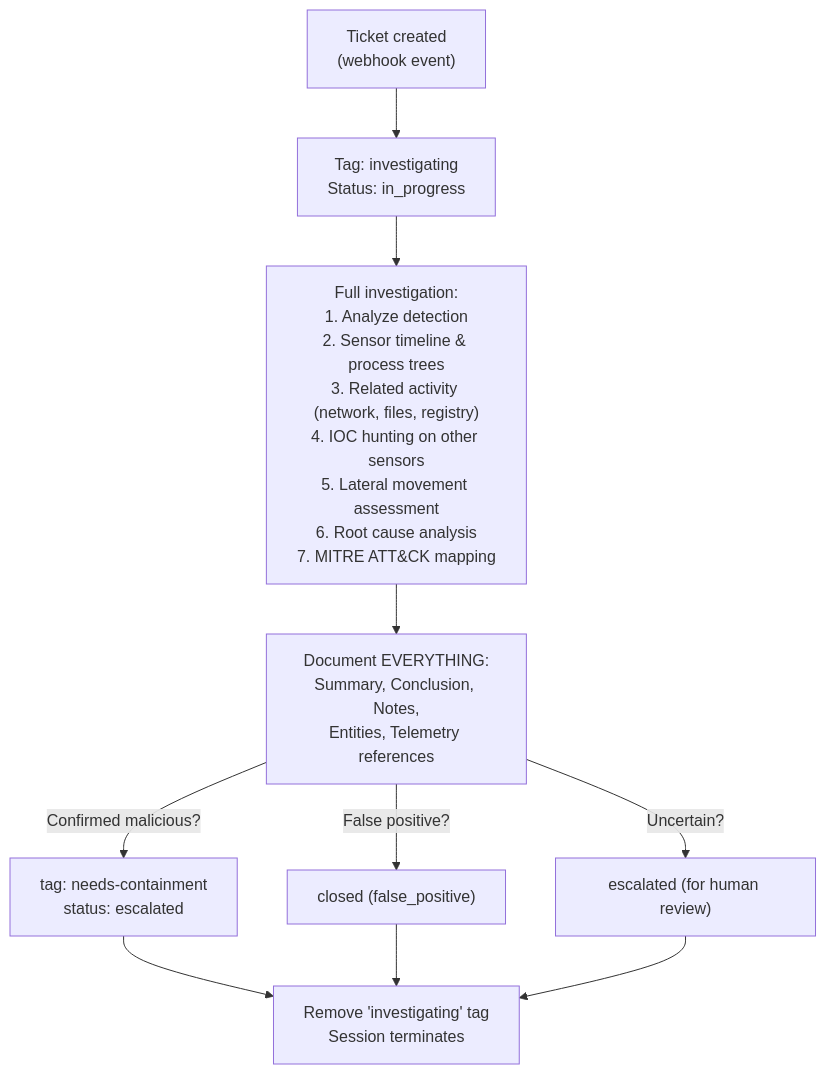
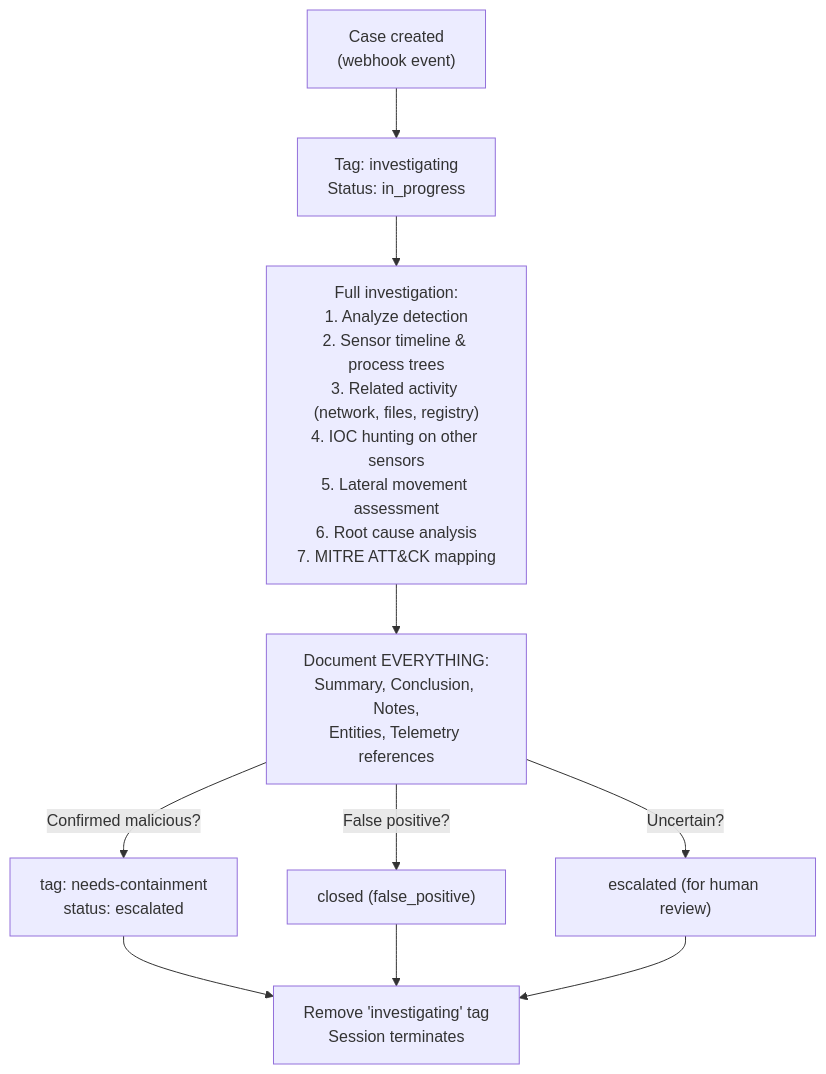
The diagram in lc-soc/lean-soc/investigator/README.md (refractionPOINT/lc-ai), drawn with Mermaid before and after one commit. The commit also changed other lines of this file and 74 other files, not shown here.

First line of the commit message:
Rename ticket→case in AI agent configs

````diff
--- a/lc-soc/lean-soc/investigator/README.md
+++ b/lc-soc/lean-soc/investigator/README.md
@@ -7,12 +7,12 @@
 ```mermaid
 flowchart TD
-    trigger["Ticket created<br/>(webhook event)"] --> tag["Tag: investigating<br/>Status: in_progress"]
+    trigger["Case created<br/>(webhook event)"] --> tag["Tag: investigating<br/>Status: in_progress"]
     tag --> investigation["Full investigation:<br/>1. Analyze detection<br/>2. Sensor timeline & process trees<br/>3. Related activity (network, files, registry)<br/>4. IOC hunting on other sensors<br/>5. Lateral movement assessment<br/>6. Root cause analysis<br/>7. MITRE ATT&CK mapping"]
     investigation --> doc["Document EVERYTHING:<br/>Summary, Conclusion, Notes,<br/>Entities, Telemetry references"]
     doc -->|Confirmed malicious?| contain["tag: needs-containment<br/>status: escalated"]
     doc -->|False positive?| closed["closed (false_positive)"]
     doc -->|Uncertain?| escalated["escalated (for human review)"]
     contain --> cleanup["Remove 'investigating' tag<br/>Session terminates"]
     closed --> cleanup
     escalated --> cleanup
 ```
````
